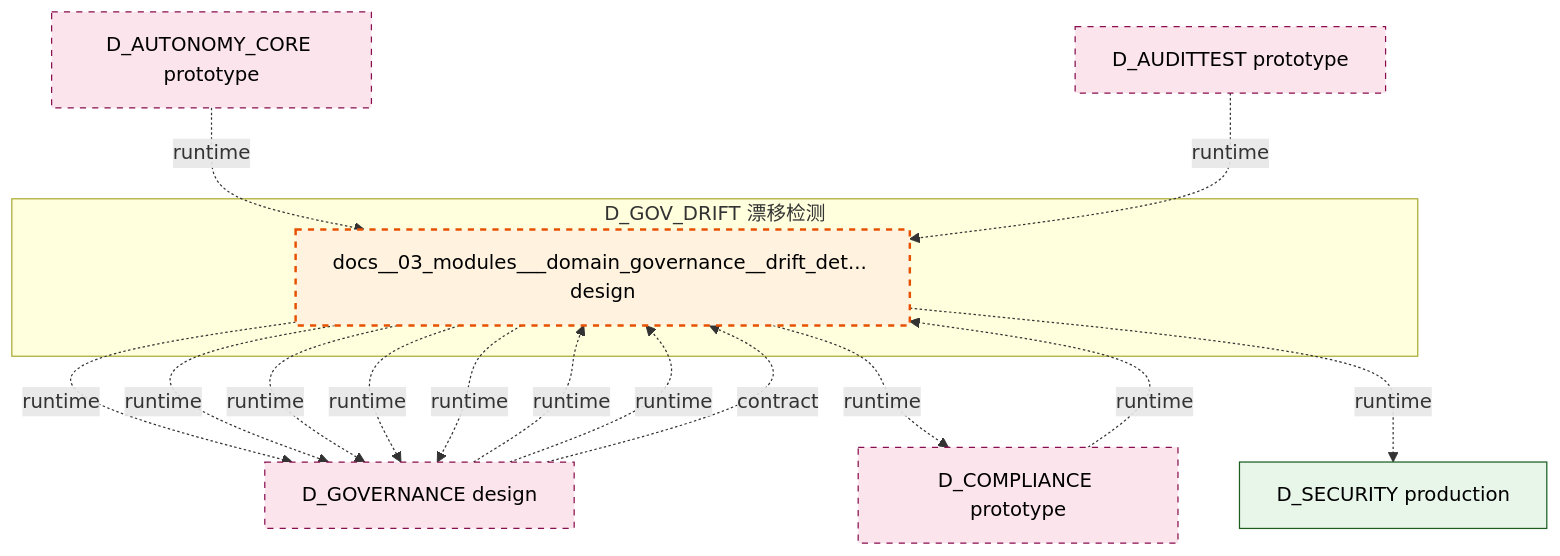
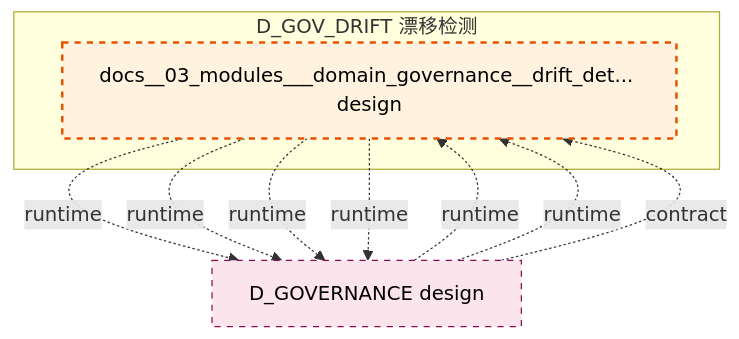
Before and after one commit to xuanFelixVan/ZephyrAlpha: the diagram in docs/02_enterprise_architecture/02_domain_architecture_docs/36_d_gov_drift.md, drawn with Mermaid. The commit also changed other lines of this file and 105 other files, not shown here.

````diff
--- a/docs/02_enterprise_architecture/02_domain_architecture_docs/36_d_gov_drift.md
+++ b/docs/02_enterprise_architecture/02_domain_architecture_docs/36_d_gov_drift.md
@@ -47,31 +47,20 @@
 ```mermaid
 graph TD
     subgraph D_GOV_DRIFT["D_GOV_DRIFT 漂移检测"]
         docs_03_modules_domain_governance_drift_detector_blueprint_md["docs__03_modules___domain_governance__drift_det... design"]
     end
     D_GOVERNANCE["D_GOVERNANCE design"]
     docs_03_modules_domain_governance_drift_detector_blueprint_md -.->|runtime| D_GOVERNANCE
     docs_03_modules_domain_governance_drift_detector_blueprint_md -.->|runtime| D_GOVERNANCE
-    D_COMPLIANCE["D_COMPLIANCE prototype"]
-    docs_03_modules_domain_governance_drift_detector_blueprint_md -.->|runtime| D_COMPLIANCE
-    D_SECURITY["D_SECURITY production"]
-    docs_03_modules_domain_governance_drift_detector_blueprint_md -.->|runtime| D_SECURITY
     docs_03_modules_domain_governance_drift_detector_blueprint_md -.->|runtime| D_GOVERNANCE
     docs_03_modules_domain_governance_drift_detector_blueprint_md -.->|runtime| D_GOVERNANCE
-    docs_03_modules_domain_governance_drift_detector_blueprint_md -.->|runtime| D_GOVERNANCE
-    D_COMPLIANCE -.->|runtime| docs_03_modules_domain_governance_drift_detector_blueprint_md
     D_GOVERNANCE -.->|runtime| docs_03_modules_domain_governance_drift_detector_blueprint_md
     D_GOVERNANCE -.->|runtime| docs_03_modules_domain_governance_drift_detector_blueprint_md
     D_GOVERNANCE -.->|contract| docs_03_modules_domain_governance_drift_detector_blueprint_md
-    D_AUTONOMY_CORE["D_AUTONOMY_CORE prototype"]
-    D_AUTONOMY_CORE -.->|runtime| docs_03_modules_domain_governance_drift_detector_blueprint_md
-    D_AUDITTEST["D_AUDITTEST prototype"]
-    D_AUDITTEST -.->|runtime| docs_03_modules_domain_governance_drift_detector_blueprint_md
     classDef production fill:#e1f5fe,stroke:#01579b,stroke-width:2px,color:#000
     classDef design fill:#fff3e0,stroke:#e65100,stroke-width:2px,color:#000,stroke-dasharray: 5 5
     classDef external_prod fill:#e8f5e9,stroke:#1b5e20,stroke-width:1px,color:#000
     classDef external_design fill:#fce4ec,stroke:#880e4f,stroke-width:1px,color:#000,stroke-dasharray: 5 5
     class docs_03_modules_domain_governance_drift_detector_blueprint_md design
-    class D_SECURITY external_prod
-    class D_GOVERNANCE,D_COMPLIANCE,D_AUTONOMY_CORE,D_AUDITTEST external_design
+    class D_GOVERNANCE external_design
 ```
````
